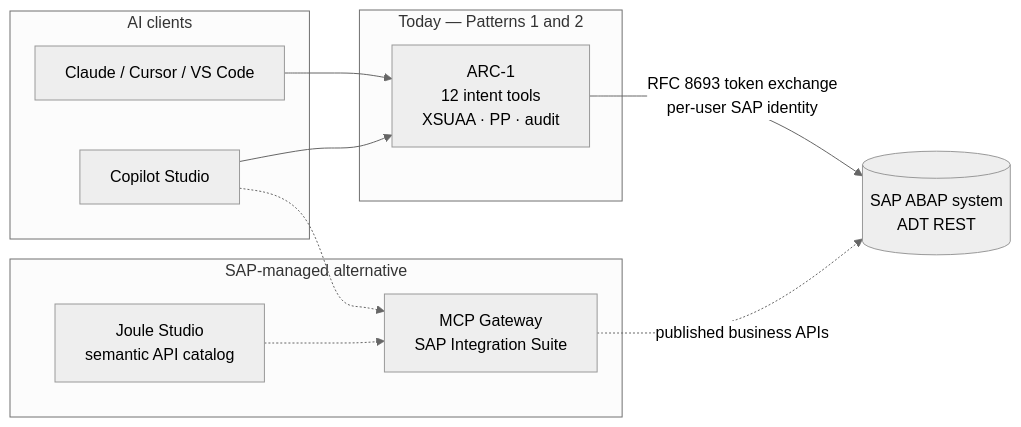
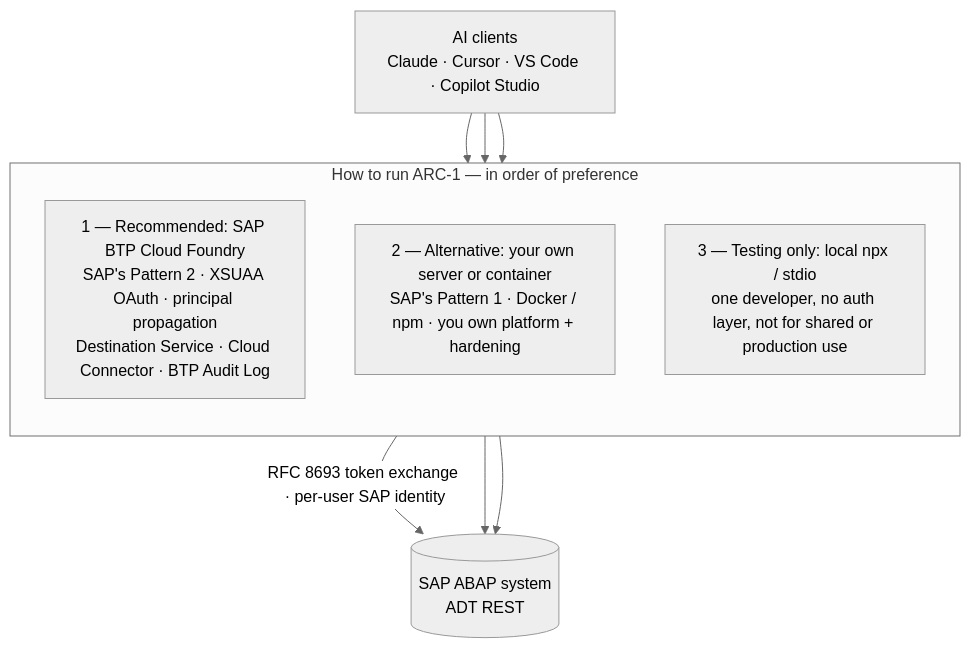
The diagram in docs_page/sap-api-policy-and-architecture.md (arc-mcp/arc-1), drawn with Mermaid (neutral theme) before and after one commit. The commit also changed other lines of this file and 2 other files, not shown here.

First line of the commit message:
docs: cut duplication, rank deployment options, add ADT SDK context

````diff
--- a/docs_page/sap-api-policy-and-architecture.md
+++ b/docs_page/sap-api-policy-and-architecture.md
@@ -47,25 +50,20 @@
 ```mermaid
-flowchart LR
-  subgraph agents[AI clients]
-    A1[Claude / Cursor / VS Code]
-    A2[Copilot Studio]
+flowchart TB
+  C["AI clients<br/>Claude · Cursor · VS Code · Copilot Studio"]
+
+  subgraph deploy["How to run ARC-1 — in order of preference"]
+    direction TB
+    R1["1 — Recommended: SAP BTP Cloud Foundry<br/>SAP's Pattern 2 · XSUAA OAuth · principal propagation<br/>Destination Service · Cloud Connector · BTP Audit Log"]
+    R2["2 — Alternative: your own server or container<br/>SAP's Pattern 1 · Docker / npm · you own platform + hardening"]
+    R3["3 — Testing only: local npx / stdio<br/>one developer, no auth layer, not for shared or production use"]
   end
 
-  subgraph today[Today — Patterns 1 and 2]
-    ARC[ARC-1<br/>12 intent tools<br/>XSUAA · PP · audit]
-  end
+  SAP[("SAP ABAP system<br/>ADT REST")]
 
-  subgraph sapmanaged[SAP-managed alternative]
-    GW[MCP Gateway<br/>SAP Integration Suite]
-    JS[Joule Studio<br/>semantic API catalog]
-  end
-
-  SAP[(SAP ABAP system<br/>ADT REST)]
-
-  A1 --> ARC
-  A2 --> ARC
-  ARC -->|RFC 8693 token exchange<br/>per-user SAP identity| SAP
-  A2 -.-> GW
-  GW -.->|published business APIs| SAP
-  JS -.-> GW
+  C --> R1
+  C --> R2
+  C --> R3
+  R1 -->|"RFC 8693 token exchange · per-user SAP identity"| SAP
+  R2 --> SAP
+  R3 --> SAP
 ```
````
